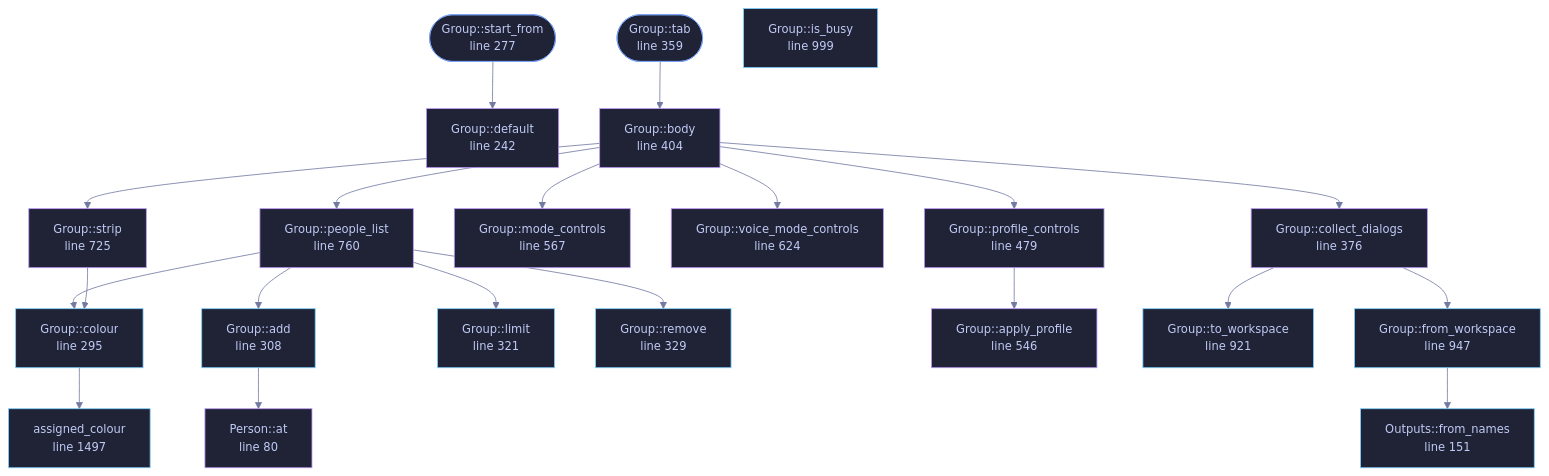
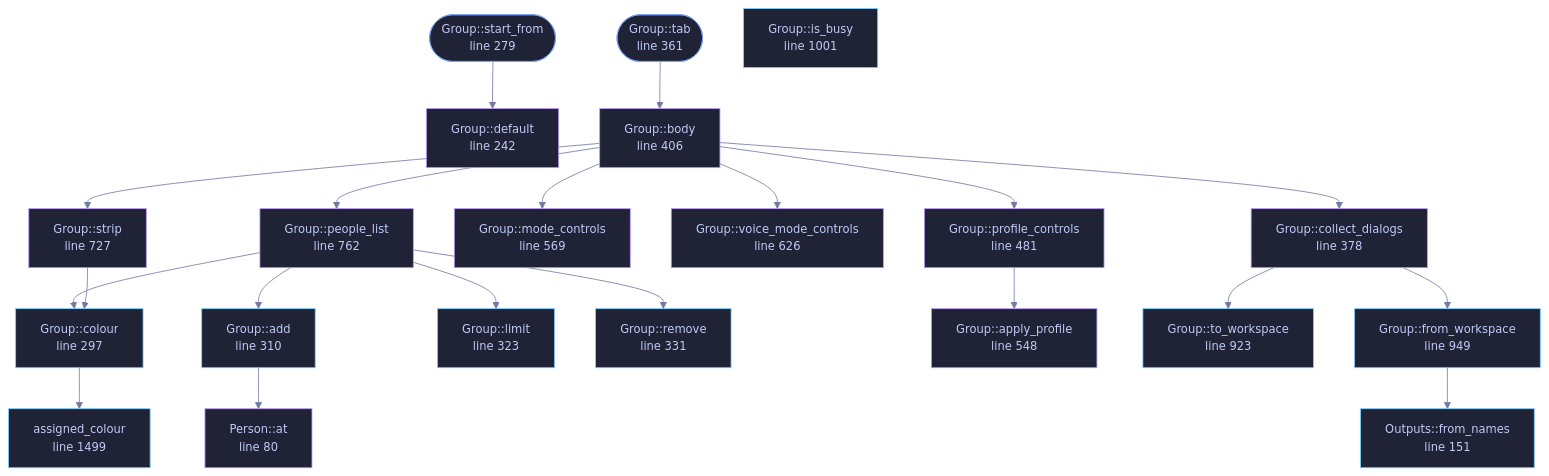
The diagram in docs/files/veilvoice-gui/group.md (tilas01/veilvoice), drawn with Mermaid before and after one commit. The commit also changed other lines of this file and 550 other files, not shown here.

````diff
--- a/docs/files/veilvoice-gui/group.md
+++ b/docs/files/veilvoice-gui/group.md
@@ -125,73 +125,73 @@
 ```mermaid
 %%{init: {"theme":"base","themeVariables":{"background":"#1a1b26","primaryColor":"#1f2335","primaryTextColor":"#c0caf5","primaryBorderColor":"#7aa2f7","secondaryColor":"#16161e","tertiaryColor":"#16161e","lineColor":"#737aa2","textColor":"#c0caf5","mainBkg":"#1f2335","nodeBorder":"#7aa2f7","clusterBkg":"#16161e","clusterBorder":"#2f3549","fontFamily":"ui-monospace, SFMono-Regular, Consolas, monospace","fontSize":"14px"}}}%%
 flowchart TD
     n_at["Person::at<br/>line 80"]
     n_default["Outputs::default<br/>line 112"]
     n_from_names["Outputs::from_names<br/>line 151"]
     n_default["Group::default<br/>line 242"]
-    n_start_from(["Group::start_from<br/>line 277"])
-    n_colour["Group::colour<br/>line 295"]
-    n_add["Group::add<br/>line 308"]
-    n_limit["Group::limit<br/>line 321"]
-    n_remove["Group::remove<br/>line 329"]
-    n_tab(["Group::tab<br/>line 359"])
-    n_collect_dialogs["Group::collect_dialogs<br/>line 376"]
-    n_body["Group::body<br/>line 404"]
-    n_profile_controls["Group::profile_controls<br/>line 479"]
-    n_apply_profile["Group::apply_profile<br/>line 546"]
-    n_mode_controls["Group::mode_controls<br/>line 567"]
-    n_voice_mode_controls["Group::voice_mode_controls<br/>line 624"]
-    n_strip["Group::strip<br/>line 725"]
-    n_people_list["Group::people_list<br/>line 760"]
-    n_to_workspace["Group::to_workspace<br/>line 921"]
-    n_from_workspace["Group::from_workspace<br/>line 947"]
-    n_is_busy["Group::is_busy<br/>line 999"]
-    n_assigned_colour["assigned_colour<br/>line 1497"]
+    n_start_from(["Group::start_from<br/>line 279"])
+    n_colour["Group::colour<br/>line 297"]
+    n_add["Group::add<br/>line 310"]
+    n_limit["Group::limit<br/>line 323"]
+    n_remove["Group::remove<br/>line 331"]
+    n_tab(["Group::tab<br/>line 361"])
+    n_collect_dialogs["Group::collect_dialogs<br/>line 378"]
+    n_body["Group::body<br/>line 406"]
+    n_profile_controls["Group::profile_controls<br/>line 481"]
+    n_apply_profile["Group::apply_profile<br/>line 548"]
+    n_mode_controls["Group::mode_controls<br/>line 569"]
+    n_voice_mode_controls["Group::voice_mode_controls<br/>line 626"]
+    n_strip["Group::strip<br/>line 727"]
+    n_people_list["Group::people_list<br/>line 762"]
+    n_to_workspace["Group::to_workspace<br/>line 923"]
+    n_from_workspace["Group::from_workspace<br/>line 949"]
+    n_is_busy["Group::is_busy<br/>line 1001"]
+    n_assigned_colour["assigned_colour<br/>line 1499"]
     n_add --> n_at
     n_body --> n_collect_dialogs
     n_body --> n_mode_controls
     n_body --> n_people_list
     n_body --> n_profile_controls
     n_body --> n_strip
     n_body --> n_voice_mode_controls
     n_collect_dialogs --> n_from_workspace
     n_collect_dialogs --> n_to_workspace
     n_colour --> n_assigned_colour
     n_from_workspace --> n_from_names
     n_people_list --> n_add
     n_people_list --> n_colour
     n_people_list --> n_limit
     n_people_list --> n_remove
     n_profile_controls --> n_apply_profile
     n_start_from --> n_default
     n_strip --> n_colour
     n_tab --> n_body
     click n_at href "https://github.com/tilas01/veilvoice/blob/main/crates/veilvoice-gui/src/group.rs#L80" "open the source"
     click n_default href "https://github.com/tilas01/veilvoice/blob/main/crates/veilvoice-gui/src/group.rs#L112" "open the source"
     click n_from_names href "https://github.com/tilas01/veilvoice/blob/main/crates/veilvoice-gui/src/group.rs#L151" "open the source"
     click n_default href "https://github.com/tilas01/veilvoice/blob/main/crates/veilvoice-gui/src/group.rs#L242" "open the source"
-    click n_start_from href "https://github.com/tilas01/veilvoice/blob/main/crates/veilvoice-gui/src/group.rs#L277" "open the source"
-    click n_colour href "https://github.com/tilas01/veilvoice/blob/main/crates/veilvoice-gui/src/group.rs#L295" "open the source"
-    click n_add href "https://github.com/tilas01/veilvoice/blob/main/crates/veilvoice-gui/src/group.rs#L308" "open the source"
-    click n_limit href "https://github.com/tilas01/veilvoice/blob/main/crates/veilvoice-gui/src/group.rs#L321" "open the source"
-    click n_remove href "https://github.com/tilas01/veilvoice/blob/main/crates/veilvoice-gui/src/group.rs#L329" "open the source"
-    click n_tab href "https://github.com/tilas01/veilvoice/blob/main/crates/veilvoice-gui/src/group.rs#L359" "open the source"
-    click n_collect_dialogs href "https://github.com/tilas01/veilvoice/blob/main/crates/veilvoice-gui/src/group.rs#L376" "open the source"
-    click n_body href "https://github.com/tilas01/veilvoice/blob/main/crates/veilvoice-gui/src/group.rs#L404" "open the source"
-    click n_profile_controls href "https://github.com/tilas01/veilvoice/blob/main/crates/veilvoice-gui/src/group.rs#L479" "open the source"
-    click n_apply_profile href "https://github.com/tilas01/veilvoice/blob/main/crates/veilvoice-gui/src/group.rs#L546" "open the source"
-    click n_mode_controls href "https://github.com/tilas01/veilvoice/blob/main/crates/veilvoice-gui/src/group.rs#L567" "open the source"
-    click n_voice_mode_controls href "https://github.com/tilas01/veilvoice/blob/main/crates/veilvoice-gui/src/group.rs#L624" "open the source"
-    click n_strip href "https://github.com/tilas01/veilvoice/blob/main/crates/veilvoice-gui/src/group.rs#L725" "open the source"
-    click n_people_list href "https://github.com/tilas01/veilvoice/blob/main/crates/veilvoice-gui/src/group.rs#L760" "open the source"
-    click n_to_workspace href "https://github.com/tilas01/veilvoice/blob/main/crates/veilvoice-gui/src/group.rs#L921" "open the source"
-    click n_from_workspace href "https://github.com/tilas01/veilvoice/blob/main/crates/veilvoice-gui/src/group.rs#L947" "open the source"
-    click n_is_busy href "https://github.com/tilas01/veilvoice/blob/main/crates/veilvoice-gui/src/group.rs#L999" "open the source"
-    click n_assigned_colour href "https://github.com/tilas01/veilvoice/blob/main/crates/veilvoice-gui/src/group.rs#L1497" "open the source"
+    click n_start_from href "https://github.com/tilas01/veilvoice/blob/main/crates/veilvoice-gui/src/group.rs#L279" "open the source"
+    click n_colour href "https://github.com/tilas01/veilvoice/blob/main/crates/veilvoice-gui/src/group.rs#L297" "open the source"
+    click n_add href "https://github.com/tilas01/veilvoice/blob/main/crates/veilvoice-gui/src/group.rs#L310" "open the source"
+    click n_limit href "https://github.com/tilas01/veilvoice/blob/main/crates/veilvoice-gui/src/group.rs#L323" "open the source"
+    click n_remove href "https://github.com/tilas01/veilvoice/blob/main/crates/veilvoice-gui/src/group.rs#L331" "open the source"
+    click n_tab href "https://github.com/tilas01/veilvoice/blob/main/crates/veilvoice-gui/src/group.rs#L361" "open the source"
+    click n_collect_dialogs href "https://github.com/tilas01/veilvoice/blob/main/crates/veilvoice-gui/src/group.rs#L378" "open the source"
+    click n_body href "https://github.com/tilas01/veilvoice/blob/main/crates/veilvoice-gui/src/group.rs#L406" "open the source"
+    click n_profile_controls href "https://github.com/tilas01/veilvoice/blob/main/crates/veilvoice-gui/src/group.rs#L481" "open the source"
+    click n_apply_profile href "https://github.com/tilas01/veilvoice/blob/main/crates/veilvoice-gui/src/group.rs#L548" "open the source"
+    click n_mode_controls href "https://github.com/tilas01/veilvoice/blob/main/crates/veilvoice-gui/src/group.rs#L569" "open the source"
+    click n_voice_mode_controls href "https://github.com/tilas01/veilvoice/blob/main/crates/veilvoice-gui/src/group.rs#L626" "open the source"
+    click n_strip href "https://github.com/tilas01/veilvoice/blob/main/crates/veilvoice-gui/src/group.rs#L727" "open the source"
+    click n_people_list href "https://github.com/tilas01/veilvoice/blob/main/crates/veilvoice-gui/src/group.rs#L762" "open the source"
+    click n_to_workspace href "https://github.com/tilas01/veilvoice/blob/main/crates/veilvoice-gui/src/group.rs#L923" "open the source"
+    click n_from_workspace href "https://github.com/tilas01/veilvoice/blob/main/crates/veilvoice-gui/src/group.rs#L949" "open the source"
+    click n_is_busy href "https://github.com/tilas01/veilvoice/blob/main/crates/veilvoice-gui/src/group.rs#L1001" "open the source"
+    click n_assigned_colour href "https://github.com/tilas01/veilvoice/blob/main/crates/veilvoice-gui/src/group.rs#L1499" "open the source"
     classDef entry fill:#1f2335,stroke:#7aa2f7,color:#c0caf5
     class n_start_from,n_tab entry
     classDef api fill:#1f2335,stroke:#7dcfff,color:#c0caf5
     class n_from_names,n_colour,n_add,n_limit,n_remove,n_to_workspace,n_from_workspace,n_is_busy,n_assigned_colour api
     classDef helper fill:#1f2335,stroke:#bb9af7,color:#c0caf5
     class n_at,n_default,n_default,n_collect_dialogs,n_body,n_profile_controls,n_apply_profile,n_mode_controls,n_voice_mode_controls,n_strip,n_people_list helper
 ```
````
